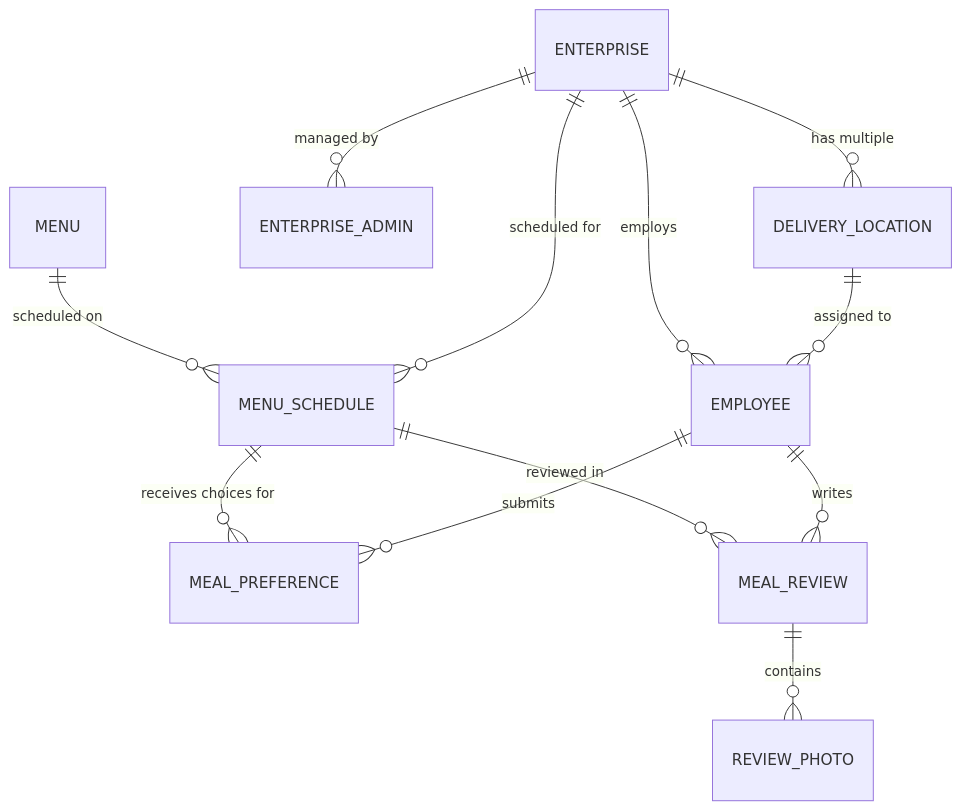
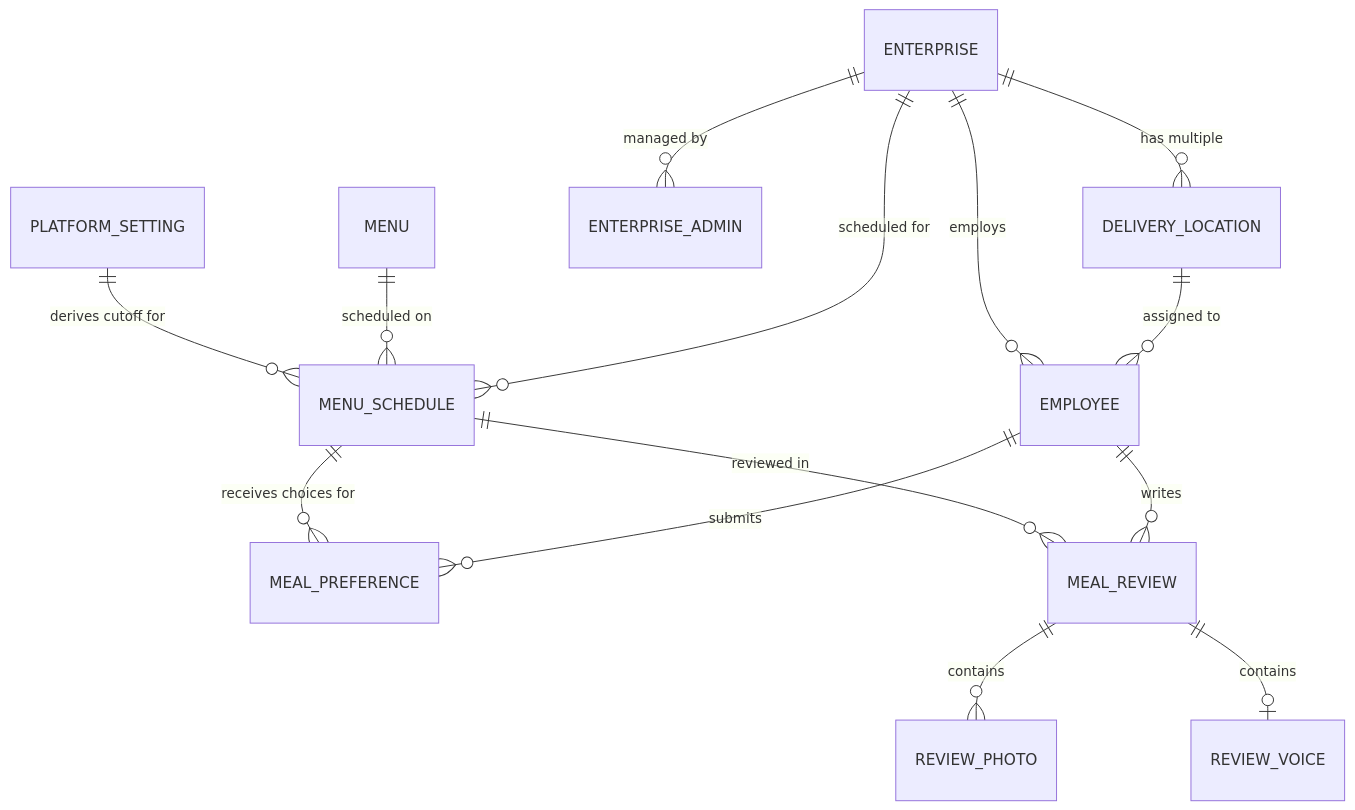
Before and after one commit to live-technology/aamish: the diagram in docs/data-models.md, drawn with Mermaid. The commit also changed other lines of this file and 244 other files, not shown here.

````diff
--- a/docs/data-models.md
+++ b/docs/data-models.md
@@ -8,17 +8,19 @@
 ```mermaid
 erDiagram
+    PLATFORM_SETTING ||--o{ MENU_SCHEDULE : "derives cutoff for"
     ENTERPRISE ||--o{ DELIVERY_LOCATION : "has multiple"
     ENTERPRISE ||--o{ ENTERPRISE_ADMIN : "managed by"
     ENTERPRISE ||--o{ EMPLOYEE : "employs"
     DELIVERY_LOCATION ||--o{ EMPLOYEE : "assigned to"
 
     MENU ||--o{ MENU_SCHEDULE : "scheduled on"
     ENTERPRISE ||--o{ MENU_SCHEDULE : "scheduled for"
 
     MENU_SCHEDULE ||--o{ MEAL_PREFERENCE : "receives choices for"
     EMPLOYEE ||--o{ MEAL_PREFERENCE : "submits"
 
     MENU_SCHEDULE ||--o{ MEAL_REVIEW : "reviewed in"
     EMPLOYEE ||--o{ MEAL_REVIEW : "writes"
     MEAL_REVIEW ||--o{ REVIEW_PHOTO : "contains"
+    MEAL_REVIEW ||--o| REVIEW_VOICE : "contains"
 ```
````
